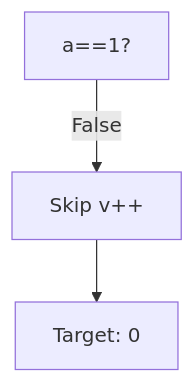
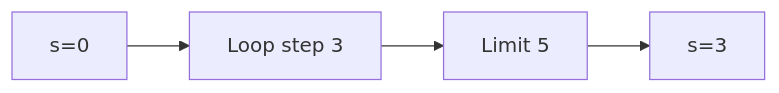
Before and after one commit to amnahwaida/OSNK_INF_PREP: the third of 25 diagrams in part-c-pemahaman-cpp/03-perulangan/latihan/set-09.md, drawn with Mermaid. The commit also changed other lines of this file and 71 other files, not shown here.

````diff
--- a/part-c-pemahaman-cpp/03-perulangan/latihan/set-09.md
+++ b/part-c-pemahaman-cpp/03-perulangan/latihan/set-09.md
@@ -83,5 +75,6 @@
 ```mermaid
-graph TD
-A["a==1?"] -- "False" --> B["Skip v++"]
-B --> C["Target: 0"]
+graph LR
+A["s=0"] --> B["Loop step 3"]
+B --> C["Limit 5"]
+C --> D["s=3"]
 ```
````
